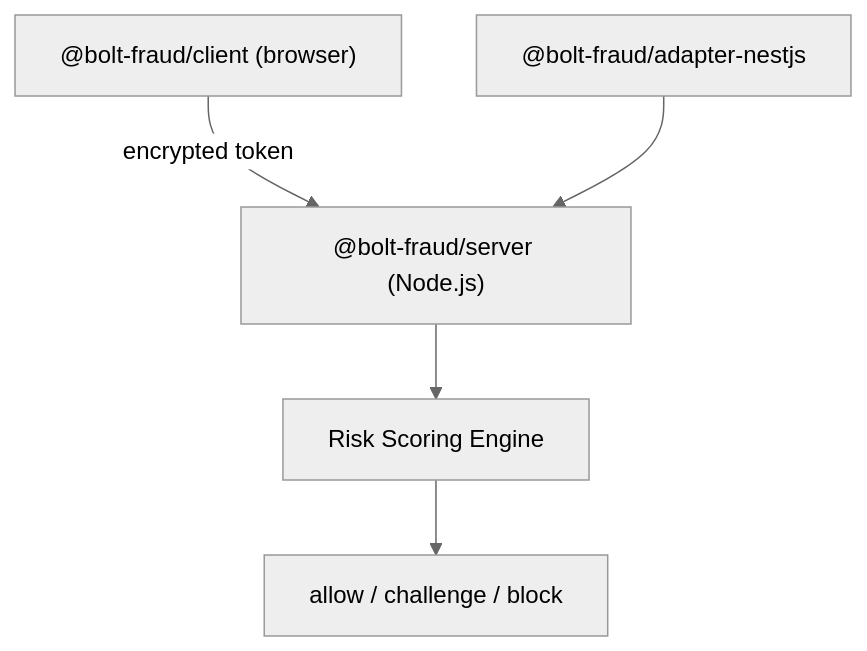
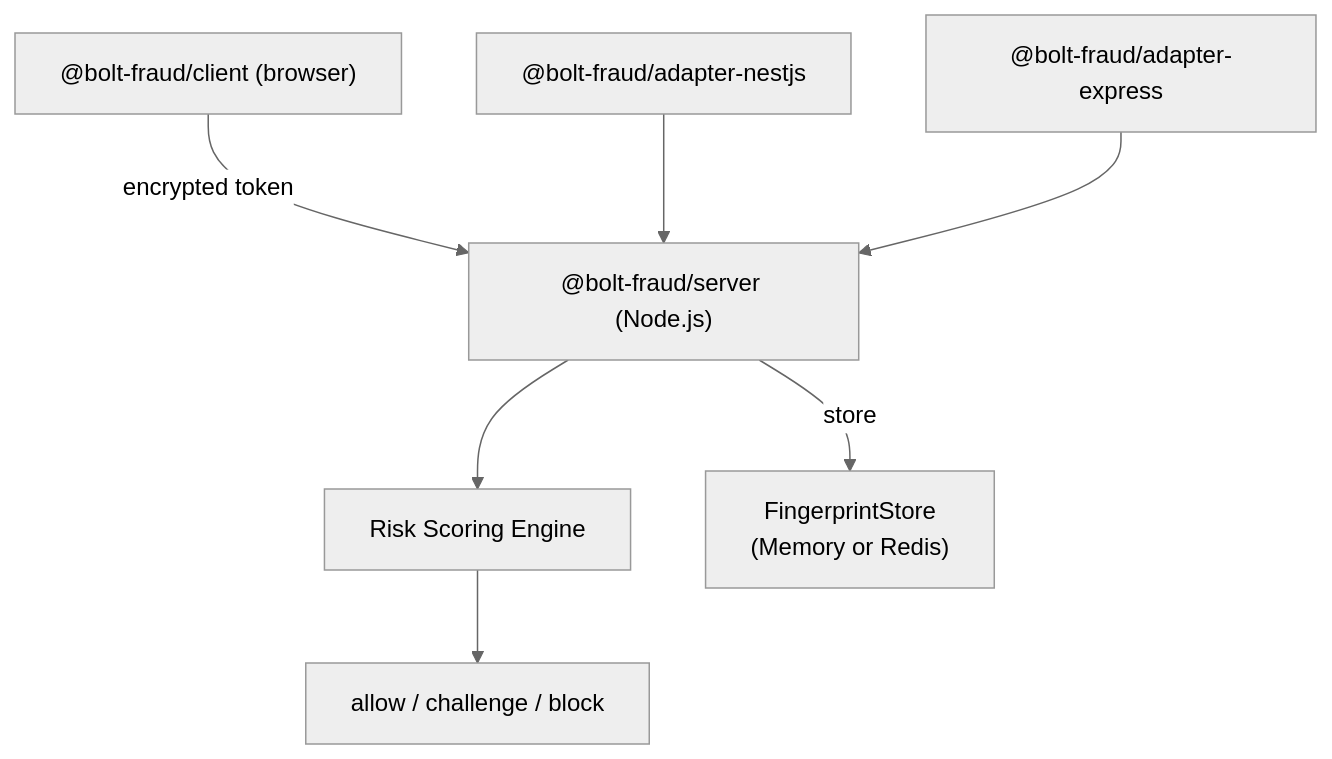
The diagram in CLAUDE.md (soysaucem/bolt-fraud), drawn with Mermaid (neutral theme) before and after one commit. The commit also changed other lines of this file and 2 other files, not shown here.

First line of the commit message:
docs: update documentation for Redis store, Express adapter, and CI/CD

````diff
--- a/CLAUDE.md
+++ b/CLAUDE.md
@@ -9,7 +9,9 @@
 ```mermaid
 graph TD
   Client["@bolt-fraud/client (browser)"] -->|encrypted token| Server["@bolt-fraud/server (Node.js)"]
   Server --> Scoring[Risk Scoring Engine]
   Scoring --> Decision["allow / challenge / block"]
-  Adapter["@bolt-fraud/adapter-nestjs"] --> Server
+  NestAdapter["@bolt-fraud/adapter-nestjs"] --> Server
+  ExpressAdapter["@bolt-fraud/adapter-express"] --> Server
+  Server -->|store| Store["FingerprintStore<br/>(Memory or Redis)"]
 ```
````
